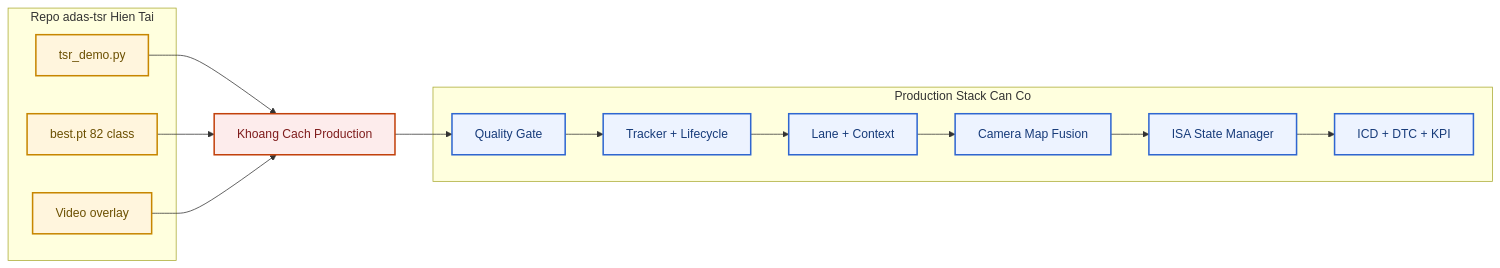
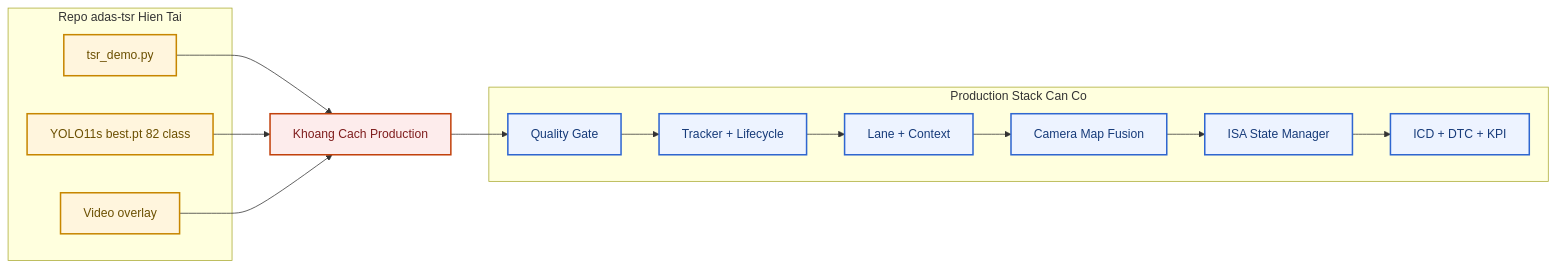
The first of 47 diagrams in research/2.knowledge_base/12.unified_production_reference.md (LeNguyenHaiDuong/adas-tsr), drawn with Mermaid before and after one commit. The commit also changed other lines of this file and 19 other files, not shown here.

````diff
--- a/research/2.knowledge_base/12.unified_production_reference.md
+++ b/research/2.knowledge_base/12.unified_production_reference.md
@@ -81,27 +81,27 @@
 ```mermaid
 flowchart LR
     subgraph repo [Repo adas-tsr Hien Tai]
         R1[tsr_demo.py]
-        R2[best.pt 82 class]
+        R2[YOLO11s best.pt 82 class]
         R3[Video overlay]
     end
     subgraph prod [Production Stack Can Co]
         P1[Quality Gate]
         P2[Tracker + Lifecycle]
         P3[Lane + Context]
         P4[Camera Map Fusion]
         P5[ISA State Manager]
         P6[ICD + DTC + KPI]
     end
     R1 --> GAP[Khoang Cach Production]
     R2 --> GAP
     R3 --> GAP
     GAP --> P1 --> P2 --> P3 --> P4 --> P5 --> P6
 
     classDef baseline fill:#FFF5DD,stroke:#C78600,color:#6B4F00,stroke-width:2px;
     classDef feature fill:#EDF3FF,stroke:#2F66D0,color:#173B7A,stroke-width:2px;
     classDef risk fill:#FDECEC,stroke:#C2410C,color:#7F1D1D,stroke-width:2px;
     class R1,R2,R3 baseline;
     class P1,P2,P3,P4,P5,P6 feature;
     class GAP risk;
 ```
````
